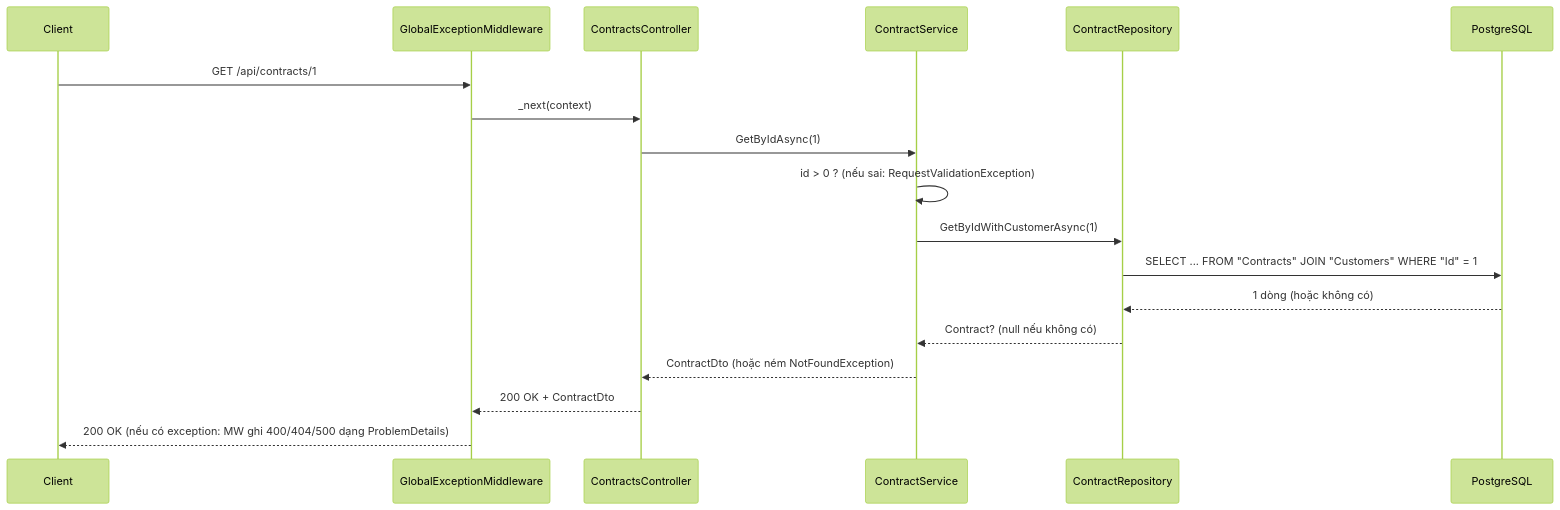
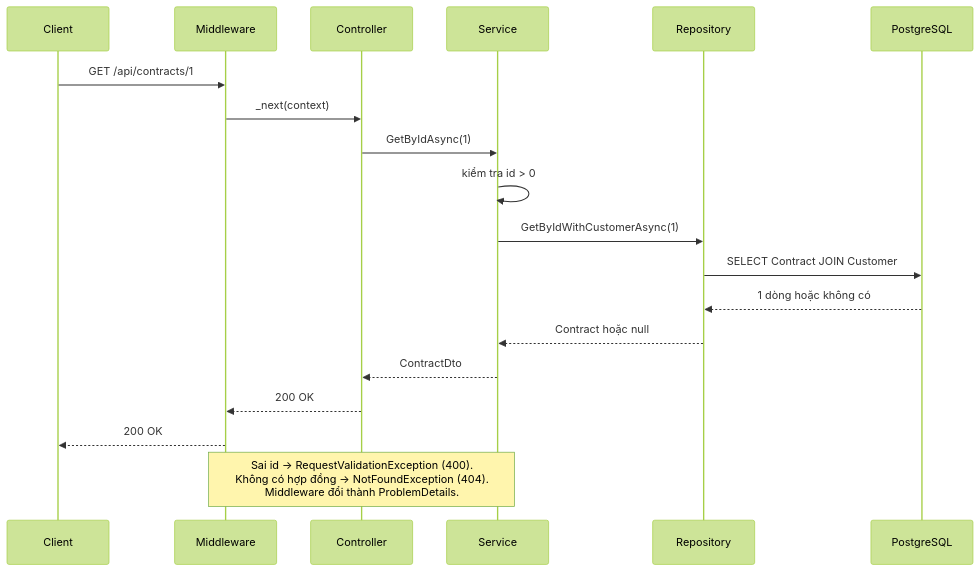
One commit to khoispeedcuber/qtkd changed the second of 2 diagrams in docs/architecture.md. Above: the diagram before and after it, drawn with Mermaid (forest theme). The commit also changed other lines of this file, not shown here.

Commit message:
docs: viết lại tài liệu kiến trúc, đổi sơ đồ sang chiều dọc

````diff
--- a/docs/architecture.md
+++ b/docs/architecture.md
@@ -46,20 +33,21 @@
 ```mermaid
 sequenceDiagram
     participant Client
-    participant MW as GlobalExceptionMiddleware
-    participant Ctl as ContractsController
-    participant Svc as ContractService
-    participant Repo as ContractRepository
+    participant MW as Middleware
+    participant Ctl as Controller
+    participant Svc as Service
+    participant Repo as Repository
     participant DB as PostgreSQL
     Client->>MW: GET /api/contracts/1
     MW->>Ctl: _next(context)
     Ctl->>Svc: GetByIdAsync(1)
-    Svc->>Svc: id > 0 ? (nếu sai: RequestValidationException)
+    Svc->>Svc: kiểm tra id > 0
     Svc->>Repo: GetByIdWithCustomerAsync(1)
-    Repo->>DB: SELECT ... FROM "Contracts" JOIN "Customers" WHERE "Id" = 1
-    DB-->>Repo: 1 dòng (hoặc không có)
-    Repo-->>Svc: Contract? (null nếu không có)
-    Svc-->>Ctl: ContractDto (hoặc ném NotFoundException)
-    Ctl-->>MW: 200 OK + ContractDto
-    MW-->>Client: 200 OK (nếu có exception: MW ghi 400/404/500 dạng ProblemDetails)
+    Repo->>DB: SELECT Contract JOIN Customer
+    DB-->>Repo: 1 dòng hoặc không có
+    Repo-->>Svc: Contract hoặc null
+    Svc-->>Ctl: ContractDto
+    Ctl-->>MW: 200 OK
+    MW-->>Client: 200 OK
+    Note over Svc,MW: Sai id → RequestValidationException (400).<br/>Không có hợp đồng → NotFoundException (404).<br/>Middleware đổi thành ProblemDetails.
 ```
````
